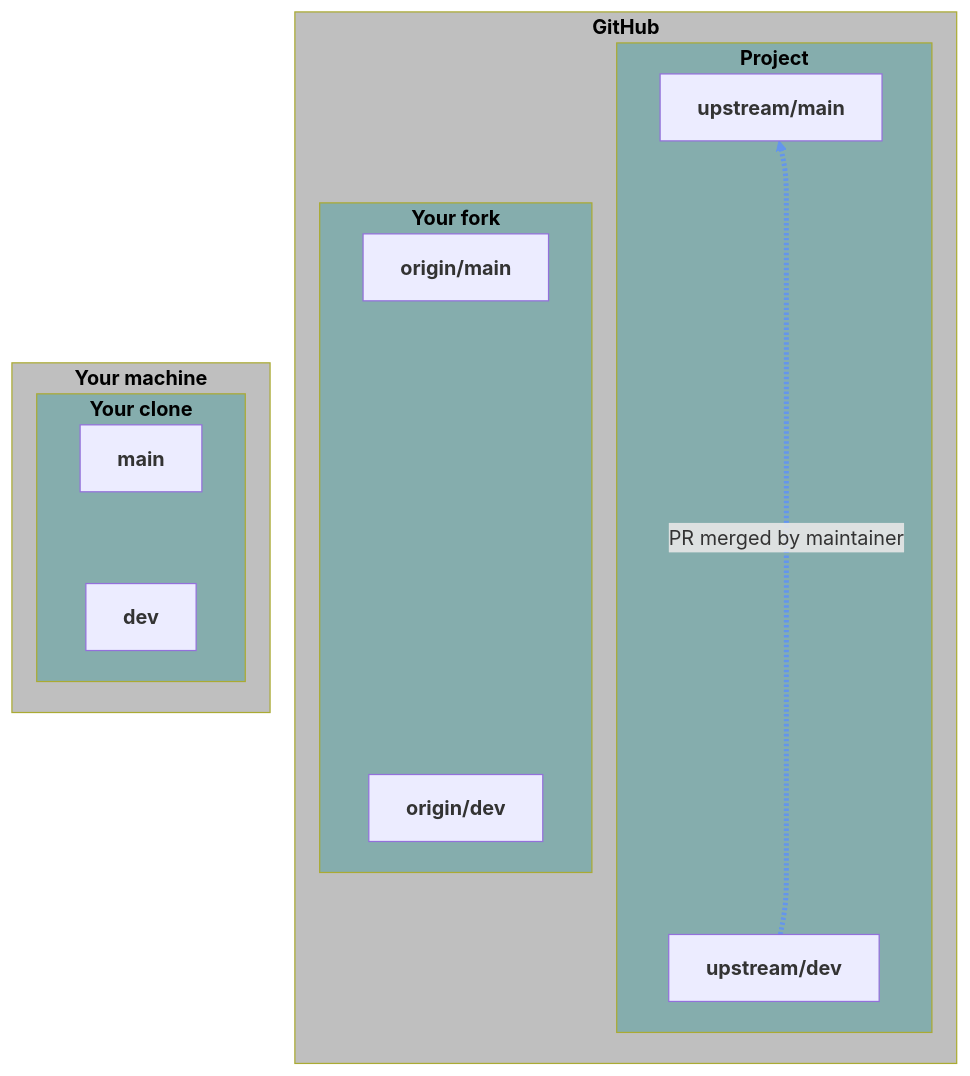
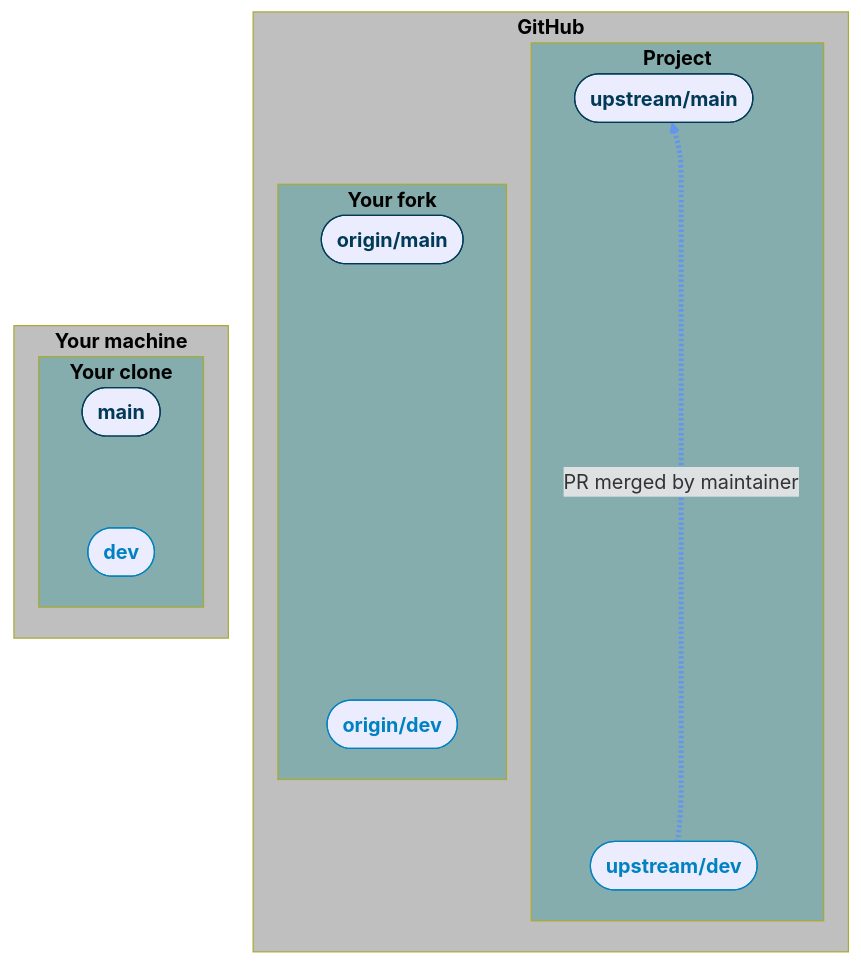
The tenth of 12 diagrams in git/col_pr.qmd (WestDRI/arc-training), drawn with Mermaid before and after one commit. The commit also changed other lines of this file, not shown here.

Commit message:
improve GitHub PR workflow mermaid diagrams

````diff
--- a/git/col_pr.qmd
+++ b/git/col_pr.qmd
@@ -495,46 +564,48 @@
 ```{mermaid}
 %%| echo: false
 flowchart TD
-  subgraph gh["<b>GitHub</b>"]
-    subgraph project["<b>Project</b>"]
-      upstream/main["<b>upstream/main</b>"]
-      upstream/dev["<b>upstream/dev</b>"]
+  subgraph gh["<b>GitHub</b>"];
+    subgraph project["<b>Project</b>"];
+      upstream/main(["<b>upstream/main</b>"]);
+      upstream/dev(["<b>upstream/dev</b>"]);
     end
-    subgraph fork["<b>Your fork</b>"]
-      origin/main["<b>origin/main</b>"]
-      origin/dev["<b>origin/dev</b>"]
+    subgraph fork["<b>Your fork</b>"];
+      origin/main(["<b>origin/main</b>"]);
+      origin/dev(["<b>origin/dev</b>"]);
     end
   end
-  subgraph local["<b>Your machine</b>"]
-    subgraph clone["<b>Your clone</b>"]
-      main["<b>main</b>"]
-      dev["<b>dev</b>"]
+  subgraph local["<b>Your machine</b>"];
+    subgraph clone["<b>Your clone</b>"];
+      main(["<b>main</b>"]);
+      dev(["<b>dev</b>"]);
     end
   end
 
+  classDef hidden display: none;
   classDef location fill:#bfbfbf, color:#000;
   class gh location;
   class local location;
   classDef repo fill:#85adad, color:#000;
   class project repo;
   class fork repo;
   class clone repo;
+  classDef branchmain color:#003a57, stroke:#003a57;
+  classDef branchdev color:#0081c2, stroke:#0081c2;
+  class upstream/main branchmain;
+  class upstream/dev branchdev;
+  class origin/main branchmain;
+  class origin/dev branchdev;
+  class main branchmain;
+  class dev branchdev;
 
   upstream/main ~~~  origin/main
   origin/main ~~~ main
   upstream/main ~~~ main
   main ~~~ origin/main
   main ~~~ dev
   dev ~~~ origin/dev
   origin/dev ~~~ upstream/dev
   upstream/dev -. PR merged by maintainer .-> upstream/main
 
-  linkStyle 0 stroke:YellowGreen;
-  linkStyle 1 stroke:YellowGreen, color:magenta;
-  linkStyle 2 stroke:goldenrod, color:magenta;
-  linkStyle 3 stroke:sienna, color:magenta;
-  linkStyle 4 stroke:goldenrod, color:magenta;
-  linkStyle 5 stroke:goldenrod, color:magenta;
-  linkStyle 6 stroke:goldenrod;
   linkStyle 7 stroke:CornflowerBlue, stroke-width:4px;
 ```
````
